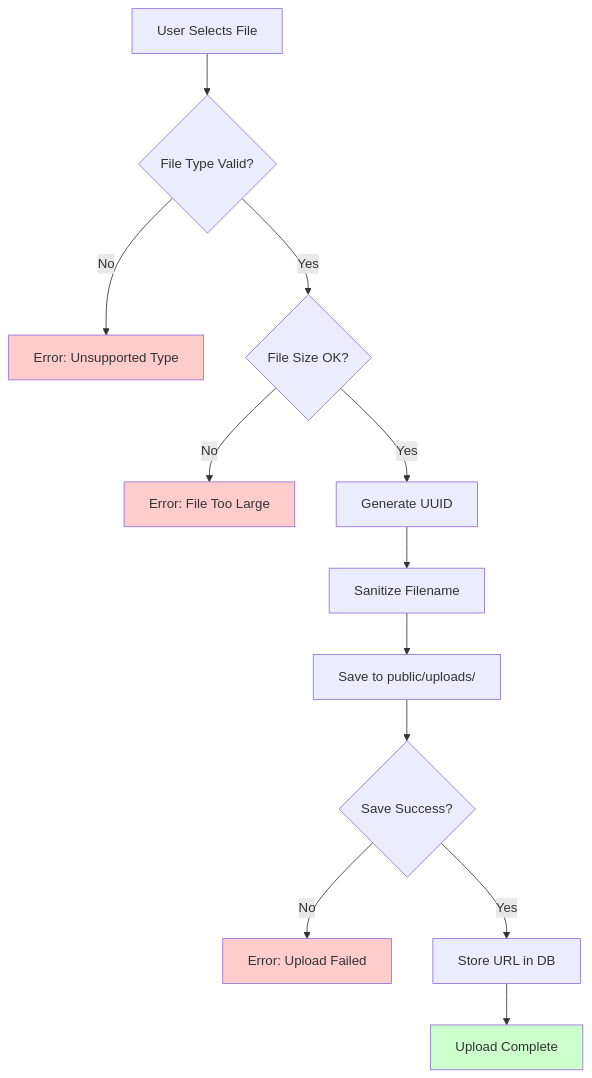
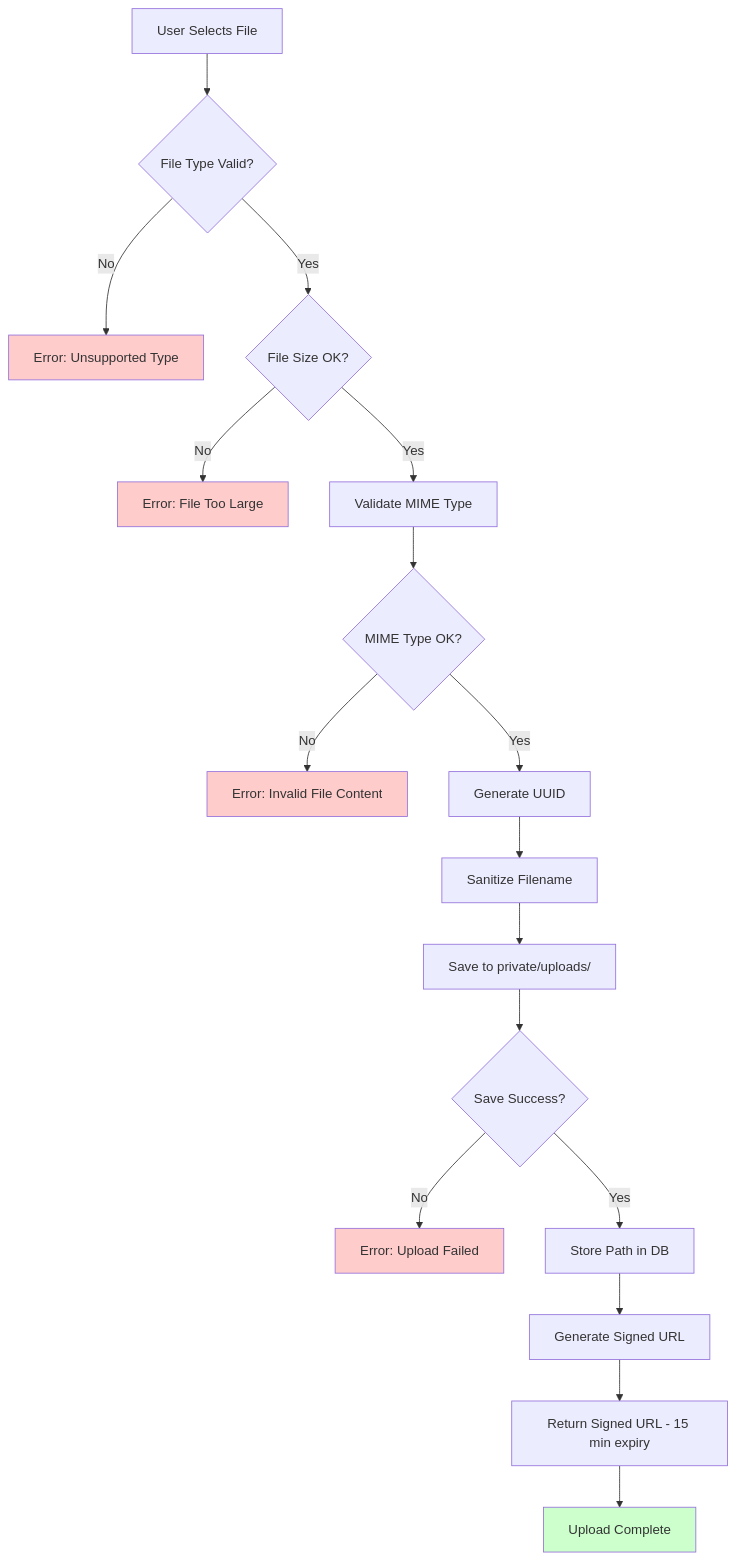
One commit to Abid-5AS/CDBL-LMS changed diagram 11 of 15 in docs/technical-documentation/architecture/Flow-Charts.md. Above: the diagram before and after it, drawn with Mermaid. The commit also changed other lines of this file and 5 other files, not shown here.

````diff
--- a/docs/technical-documentation/architecture/Flow-Charts.md
+++ b/docs/technical-documentation/architecture/Flow-Charts.md
@@ -324,19 +415,25 @@
 ```mermaid
 flowchart TD
     A[User Selects File] --> B{File Type Valid?}
     B -->|No| C[Error: Unsupported Type]
     B -->|Yes| D{File Size OK?}
     D -->|No| E[Error: File Too Large]
-    D -->|Yes| F[Generate UUID]
-    F --> G[Sanitize Filename]
-    G --> H[Save to public/uploads/]
-    H --> I{Save Success?}
-    I -->|No| J[Error: Upload Failed]
-    I -->|Yes| K[Store URL in DB]
-    K --> L[Upload Complete]
-    
+    D -->|Yes| F[Validate MIME Type]
+    F --> G{MIME Type OK?}
+    G -->|No| H[Error: Invalid File Content]
+    G -->|Yes| I[Generate UUID]
+    I --> J[Sanitize Filename]
+    J --> K[Save to private/uploads/]
+    K --> L{Save Success?}
+    L -->|No| M[Error: Upload Failed]
+    L -->|Yes| N[Store Path in DB]
+    N --> O[Generate Signed URL]
+    O --> P[Return Signed URL - 15 min expiry]
+    P --> Q[Upload Complete]
+
     style C fill:#ffcccc
     style E fill:#ffcccc
-    style J fill:#ffcccc
-    style L fill:#ccffcc
+    style H fill:#ffcccc
+    style M fill:#ffcccc
+    style Q fill:#ccffcc
 ```
````
